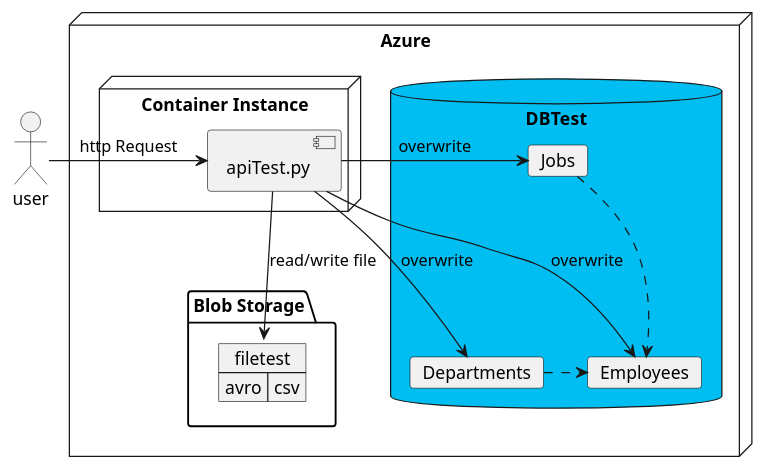
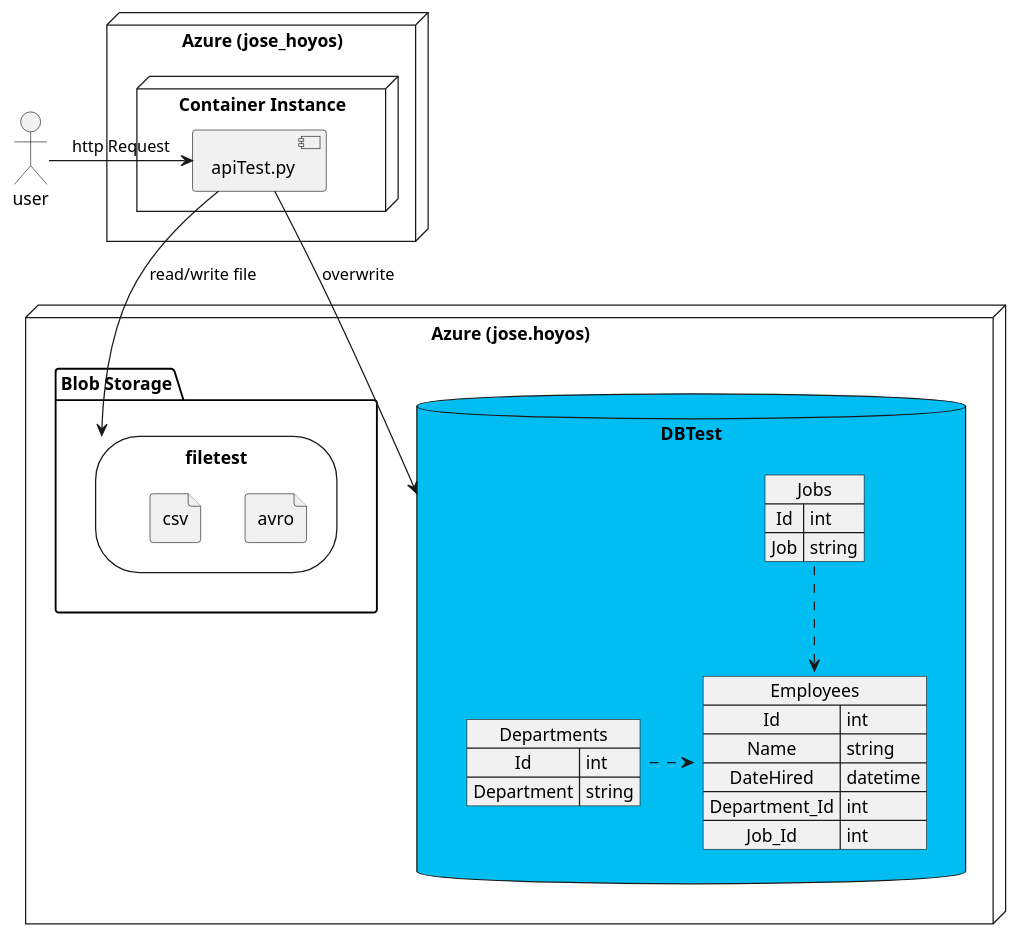
Before and after one commit to jose8305/Challenge: the diagram in architecture.puml, drawn with PlantUML. The commit also changed 2 other files, not shown here.

```diff
--- a/architecture.puml
+++ b/architecture.puml
@@ -1,31 +1,45 @@
 @startuml
 actor user
 
-node "Azure"{
+node "Azure (jose_hoyos)"{
+    node "Container Instance"{
+        [apiTest.py]
+    }       
+}
 
-    database DBTest #00BEF2 {
-        card Departments
-        card Employees
-        card Jobs
-    }
+node "Azure (jose.hoyos)"{
 
     package "Blob Storage"{
-        map filetest{
-            avro => csv
+        storage filetest{
+            file avro
+            file csv
         }
     }
 
-    node "Container Instance"{
-        [apiTest.py]
+    database DBTest #00BEF2 {
+        map Departments{
+            Id => int
+            Department => string
+        }
+        map Employees{
+            Id => int
+            Name => string
+            DateHired => datetime
+            Department_Id => int
+            Job_Id => int
+        }
+        map Jobs{
+            Id => int
+            Job => string
+        }
+        
     }
 }
 
 
 user -> [apiTest.py]: http Request
-[apiTest.py] -> Departments: overwrite
-[apiTest.py] -> Employees: overwrite 
-[apiTest.py] -> Jobs: overwrite 
+[apiTest.py] --> DBTest: overwrite
 [apiTest.py] --> filetest: read/write file
 Departments .> Employees
 Jobs ..> Employees
 @enduml
```
